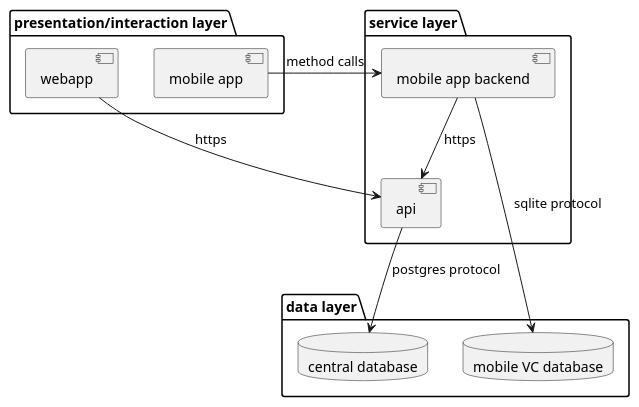
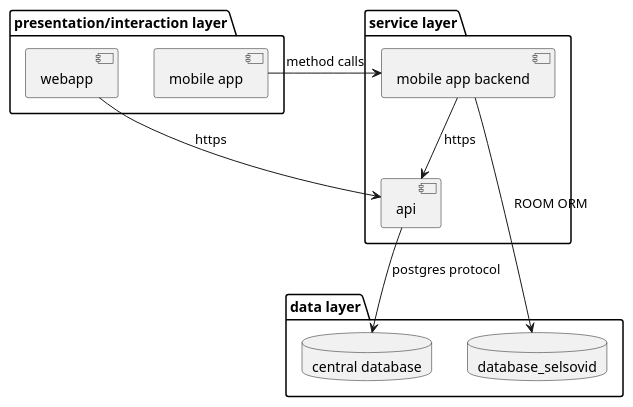
One commit to SelSolvID/docs changed the diagram in diagrams/softwarearchitecture/layer.puml. Above: the diagram before and after it, drawn with PlantUML. The commit also changed 2 other files, not shown here.

```diff
--- a/diagrams/softwarearchitecture/layer.puml
+++ b/diagrams/softwarearchitecture/layer.puml
@@ -1,23 +1,23 @@
 @startuml layer diagram
 package "presentation/interaction layer" as pil {
   [webapp] as wap
   [mobile app] as map
 }
 
 package "service layer" as sl {
   [api]
   [mobile app backend] as mab
 }
 
 package "data layer" as dl {
   database "central database" as cdb
-  database "mobile VC database" as ldb
+  database "database_selsovid" as ldb
 }
 
 
 wap --> api : https
 map -> mab : method calls
 api --> cdb : postgres protocol
 mab --> api : https
-mab --> ldb : sqlite protocol
+mab --> ldb : ROOM ORM
 @enduml
```
